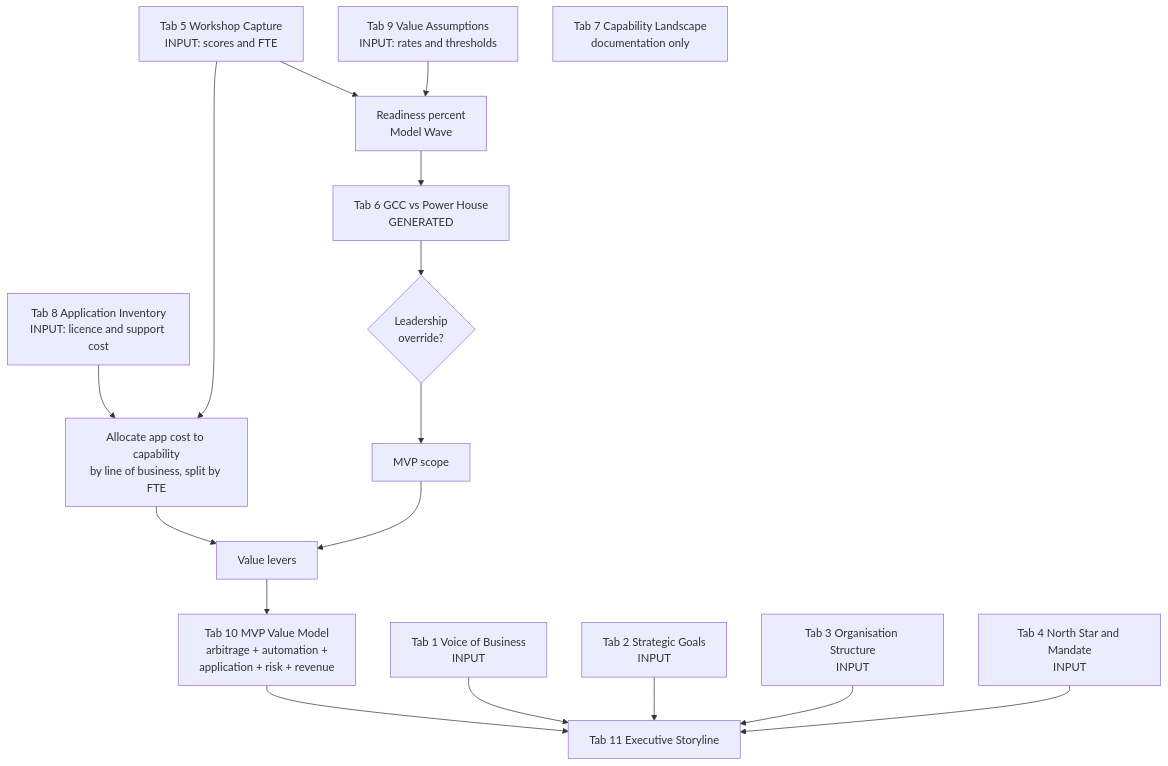
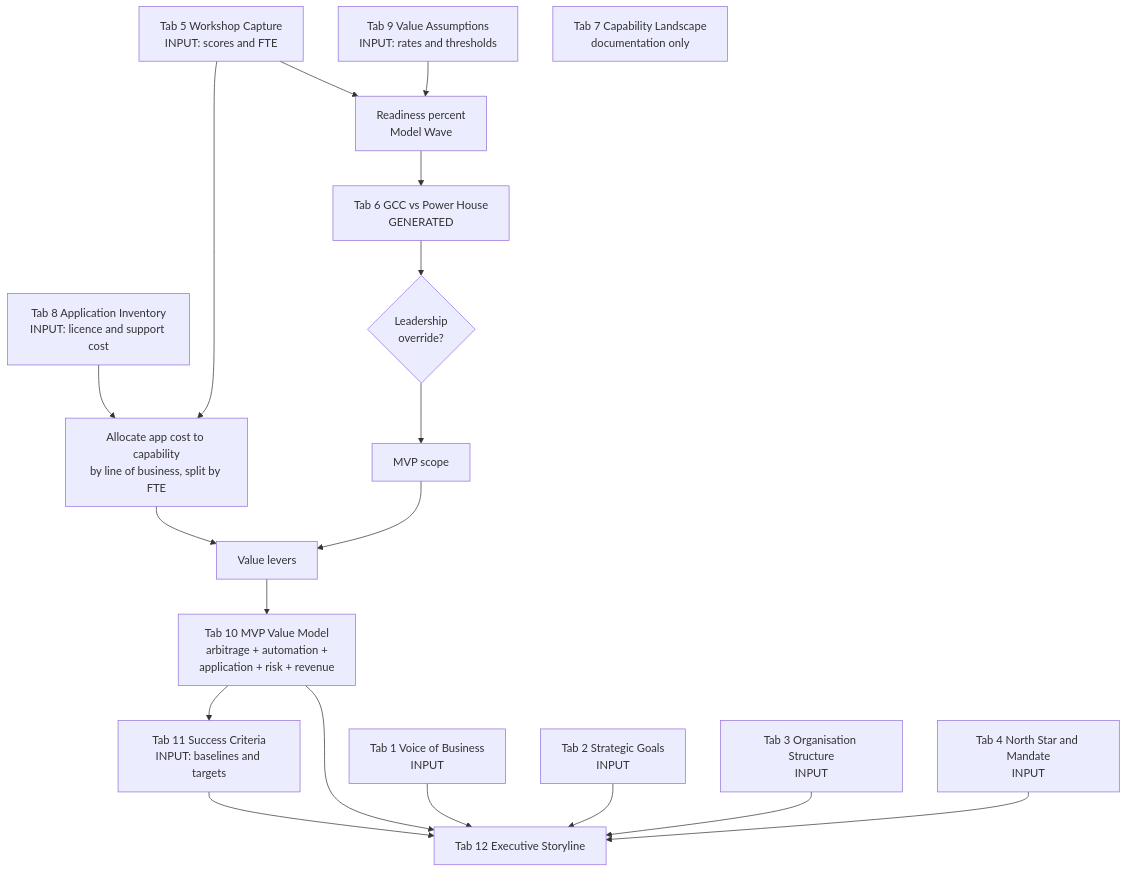
Before and after one commit to monicamehta/GCC-Value-MVP-Framework-Industry-Agnostic: the diagram in README.md, drawn with Mermaid. The commit also changed other lines of this file and 2 other files, not shown here.

Commit message:
Add Success Criteria tab linking measurement coverage to claimed value

````diff
--- a/README.md
+++ b/README.md
@@ -25,31 +25,33 @@
 ```mermaid
 flowchart TD
     VOB["Tab 1 Voice of Business<br/>INPUT"]
     GOALS["Tab 2 Strategic Goals<br/>INPUT"]
     ORG["Tab 3 Organisation Structure<br/>INPUT"]
     NS["Tab 4 North Star and Mandate<br/>INPUT"]
     WS["Tab 5 Workshop Capture<br/>INPUT: scores and FTE"]
     APP["Tab 8 Application Inventory<br/>INPUT: licence and support cost"]
     ASSUM["Tab 9 Value Assumptions<br/>INPUT: rates and thresholds"]
 
     WS --> READY["Readiness percent<br/>Model Wave"]
     ASSUM --> READY
     APP --> ALLOC["Allocate app cost to capability<br/>by line of business, split by FTE"]
     WS --> ALLOC
 
     READY --> PLACE["Tab 6 GCC vs Power House<br/>GENERATED"]
     PLACE --> OVR{"Leadership<br/>override?"}
 
     OVR --> SCOPE["MVP scope"]
     ALLOC --> LEVERS["Value levers"]
     SCOPE --> LEVERS
 
     LEVERS --> VM["Tab 10 MVP Value Model<br/>arbitrage + automation +<br/>application + risk + revenue"]
-    VM --> STORY["Tab 11 Executive Storyline"]
+    VM --> SUCCESS["Tab 11 Success Criteria<br/>INPUT: baselines and targets"]
+    SUCCESS --> STORY["Tab 12 Executive Storyline"]
+    VM --> STORY
     VOB --> STORY
     GOALS --> STORY
     ORG --> STORY
     NS --> STORY
 
     LAND["Tab 7 Capability Landscape<br/>documentation only"]
 ```
````
